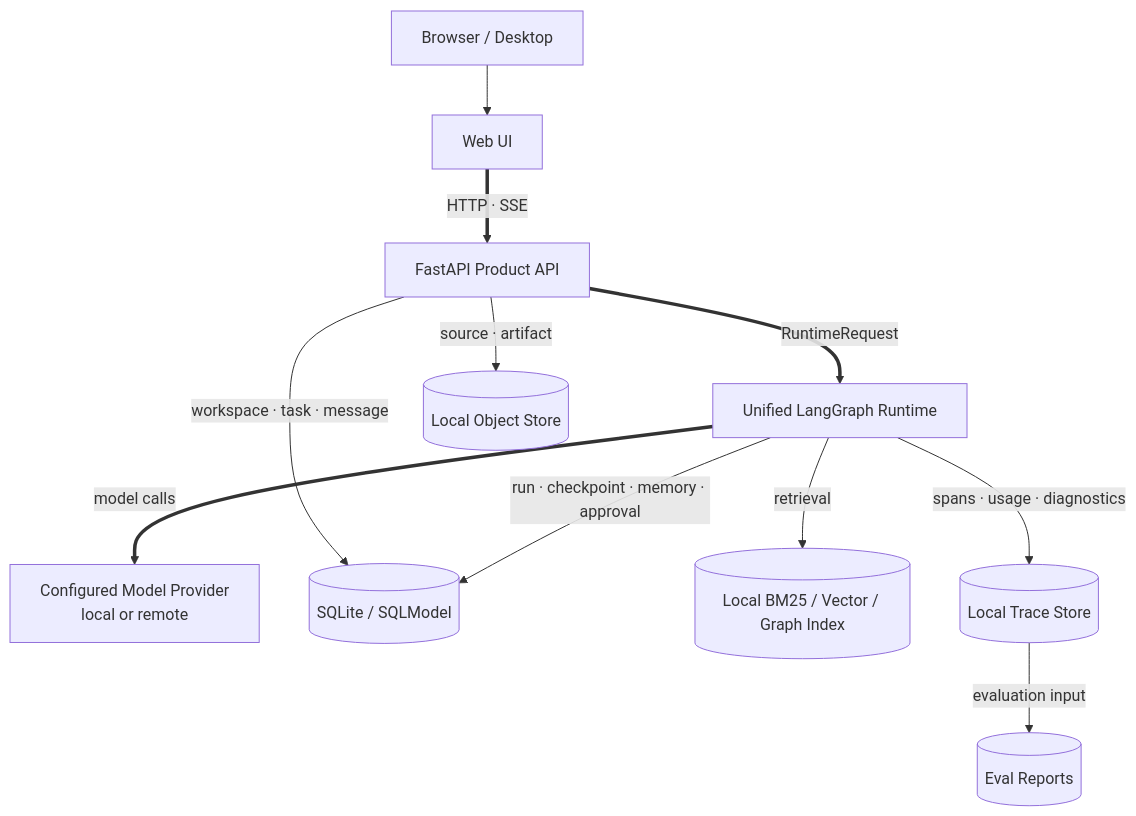
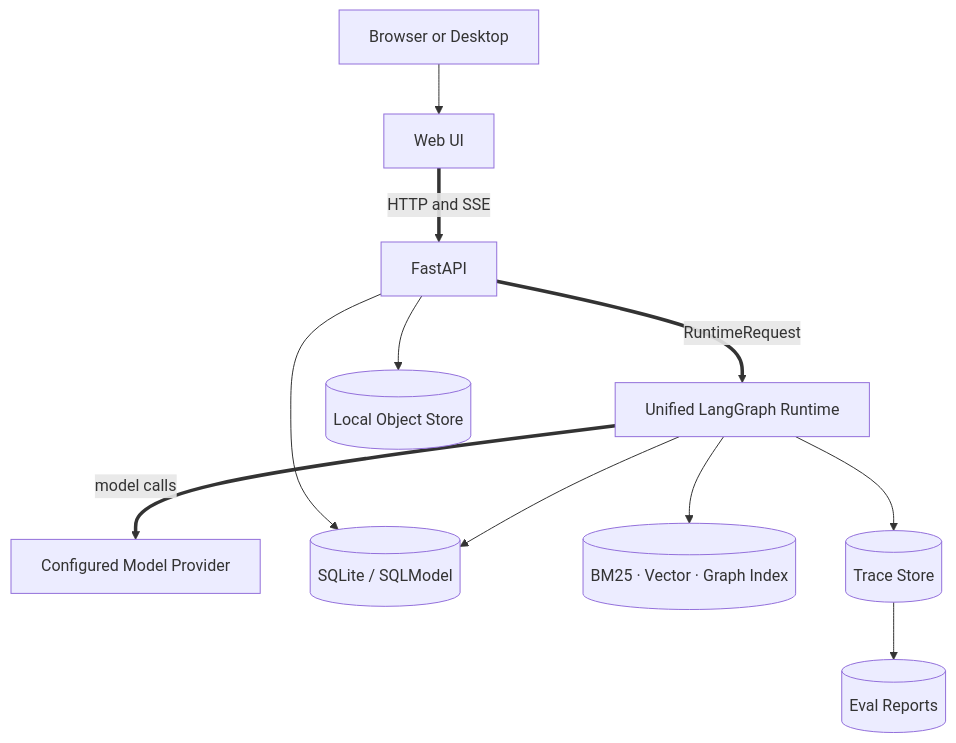
Before and after one commit to ProfessorZhi/Zuno: the tenth of 30 diagrams in docs/architecture/architecture.md, drawn with Mermaid. The commit also changed other lines of this file, not shown here.

Commit message:
Make target architecture Markdown text-first and design-complete

````diff
--- a/docs/architecture/architecture.md
+++ b/docs/architecture/architecture.md
@@ -471,22 +796,12 @@
 ```mermaid
 flowchart TB
-  USER["Browser / Desktop"]
-  WEB["Web UI"]
-  API["FastAPI Product API"]
-  RUNTIME["Unified LangGraph Runtime"]
-  MODEL["Configured Model Provider<br/>local or remote"]
-  SQLITE[("SQLite / SQLModel")]
-  OBJECT[("Local Object Store")]
-  INDEX[("Local BM25 / Vector / Graph Index")]
-  TRACE[("Local Trace Store")]
-  EVAL[("Eval Reports")]
-
-  USER --> WEB ==>|HTTP · SSE| API ==>|RuntimeRequest| RUNTIME
-  RUNTIME ==>|model calls| MODEL
-  RUNTIME -->|run · checkpoint · memory · approval| SQLITE
-  API -->|workspace · task · message| SQLITE
-  API -->|source · artifact| OBJECT
-  RUNTIME -->|retrieval| INDEX
-  RUNTIME -->|spans · usage · diagnostics| TRACE
-  TRACE -->|evaluation input| EVAL
+  User[Browser or Desktop] --> Web[Web UI] ==>|HTTP and SSE| API[FastAPI]
+  API ==>|RuntimeRequest| Runtime[Unified LangGraph Runtime]
+  Runtime ==>|model calls| Provider[Configured Model Provider]
+  Runtime --> DB[(SQLite / SQLModel)]
+  API --> DB
+  API --> Object[(Local Object Store)]
+  Runtime --> Index[(BM25 · Vector · Graph Index)]
+  Runtime --> Trace[(Trace Store)]
+  Trace --> Eval[(Eval Reports)]
 ```
````
